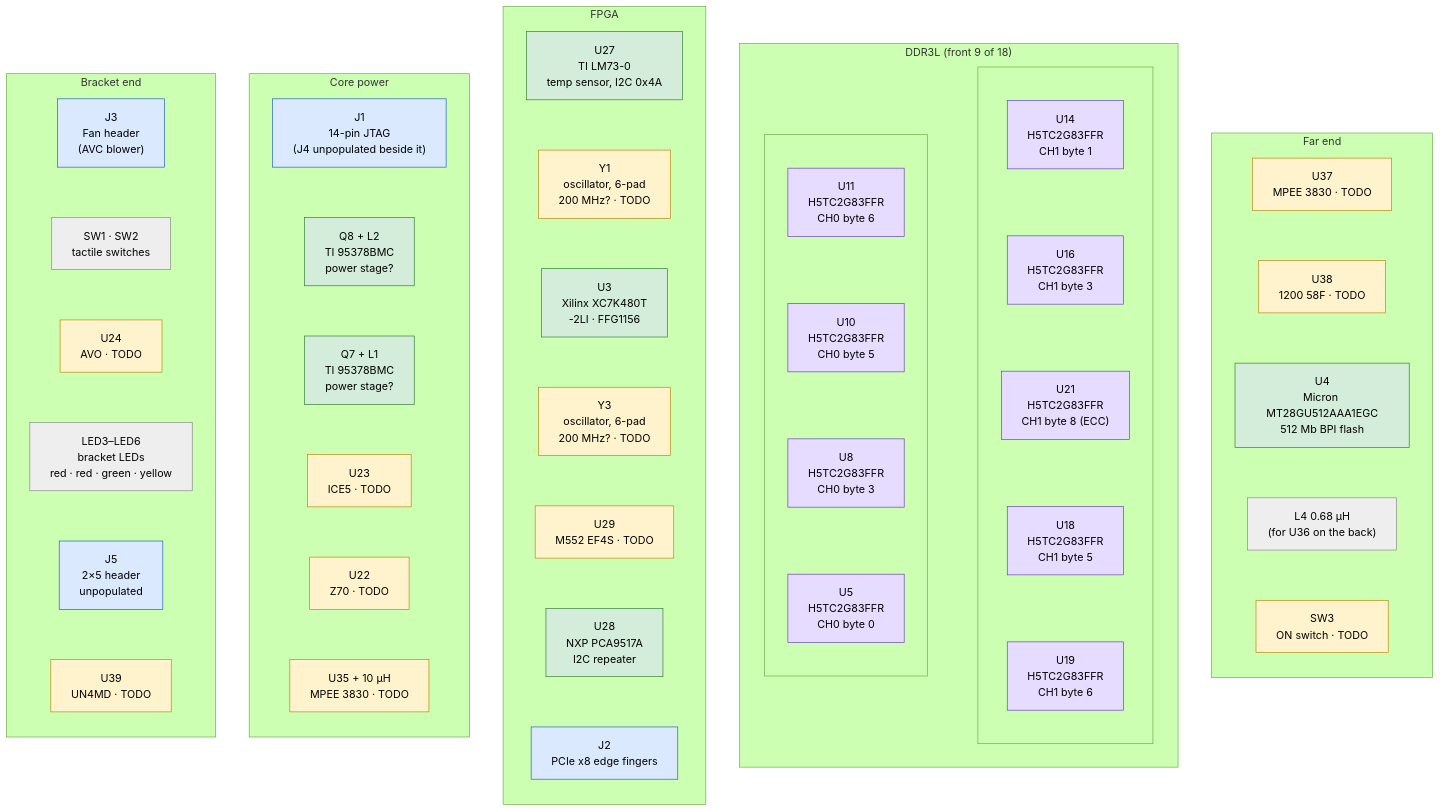
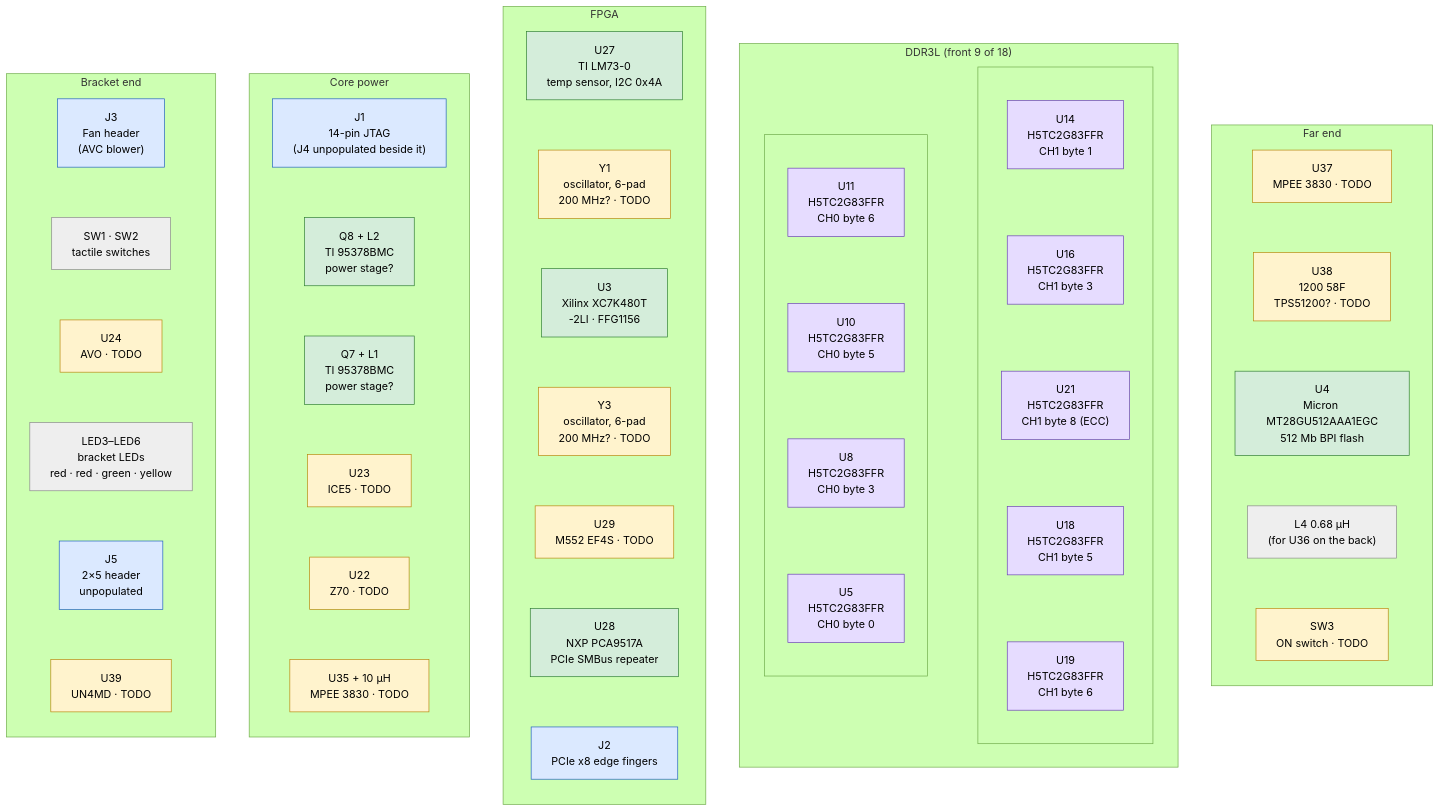
Before and after one commit to salehjg/my-fpga-ws: the first of 3 diagrams in boards/DU-PCB-001-003/README.md, drawn with Mermaid (forest theme). The commit also changed other lines of this file and 16 other files, not shown here.

````diff
--- a/boards/DU-PCB-001-003/README.md
+++ b/boards/DU-PCB-001-003/README.md
@@ -97,81 +96,81 @@
 ```mermaid
 flowchart LR
   subgraph F1["Bracket end"]
     direction TB
     J3["J3<br/>Fan header<br/>(AVC blower)"]
     SW12["SW1 · SW2<br/>tactile switches"]
     U24["U24<br/>AVO · TODO"]
     LEDS["LED3–LED6<br/>bracket LEDs<br/>red · red · green · yellow"]
     J5["J5<br/>2×5 header<br/>unpopulated"]
     U39["U39<br/>UN4MD · TODO"]
     J3 ~~~ SW12 ~~~ U24 ~~~ LEDS ~~~ J5 ~~~ U39
   end
 
   subgraph F2["Core power"]
     direction TB
     J1["J1<br/>14-pin JTAG<br/>(J4 unpopulated beside it)"]
     Q8["Q8 + L2<br/>TI 95378BMC<br/>power stage?"]
     Q7["Q7 + L1<br/>TI 95378BMC<br/>power stage?"]
     U23["U23<br/>ICE5 · TODO"]
     U22["U22<br/>Z70 · TODO"]
     U35["U35 + 10 µH<br/>MPEE 3830 · TODO"]
     J1 ~~~ Q8 ~~~ Q7 ~~~ U23 ~~~ U22 ~~~ U35
   end
 
   subgraph F3["FPGA"]
     direction TB
     U27["U27<br/>TI LM73-0<br/>temp sensor, I2C 0x4A"]
     Y1["Y1<br/>oscillator, 6-pad<br/>200 MHz? · TODO"]
     U3["U3<br/>Xilinx XC7K480T<br/>-2LI · FFG1156"]
     Y3["Y3<br/>oscillator, 6-pad<br/>200 MHz? · TODO"]
     U29["U29<br/>M552 EF4S · TODO"]
-    U28["U28<br/>NXP PCA9517A<br/>I2C repeater"]
+    U28["U28<br/>NXP PCA9517A<br/>PCIe SMBus repeater"]
     J2["J2<br/>PCIe x8 edge fingers"]
     U27 ~~~ Y1 ~~~ U3 ~~~ Y3 ~~~ U29 ~~~ U28 ~~~ J2
   end
 
   subgraph F4["DDR3L (front 9 of 18)"]
     direction LR
     subgraph F4A[" "]
       direction TB
       U11["U11<br/>H5TC2G83FFR<br/>CH0 byte 6"]
       U10["U10<br/>H5TC2G83FFR<br/>CH0 byte 5"]
       U8["U8<br/>H5TC2G83FFR<br/>CH0 byte 3"]
       U5["U5<br/>H5TC2G83FFR<br/>CH0 byte 0"]
       U11 ~~~ U10 ~~~ U8 ~~~ U5
     end
     subgraph F4B[" "]
       direction TB
       U14["U14<br/>H5TC2G83FFR<br/>CH1 byte 1"]
       U16["U16<br/>H5TC2G83FFR<br/>CH1 byte 3"]
       U21["U21<br/>H5TC2G83FFR<br/>CH1 byte 8 (ECC)"]
       U18["U18<br/>H5TC2G83FFR<br/>CH1 byte 5"]
       U19["U19<br/>H5TC2G83FFR<br/>CH1 byte 6"]
       U14 ~~~ U16 ~~~ U21 ~~~ U18 ~~~ U19
     end
     F4A ~~~ F4B
   end
 
   subgraph F5["Far end"]
     direction TB
     U37["U37<br/>MPEE 3830 · TODO"]
-    U38["U38<br/>1200 58F · TODO"]
+    U38["U38<br/>1200 58F<br/>TPS51200? · TODO"]
     U4["U4<br/>Micron MT28GU512AAA1EGC<br/>512 Mb BPI flash"]
     L4["L4 0.68 µH<br/>(for U36 on the back)"]
     SW3["SW3<br/>ON switch · TODO"]
     U37 ~~~ U38 ~~~ U4 ~~~ L4 ~~~ SW3
   end
 
   F1 ~~~ F2 ~~~ F3 ~~~ F4 ~~~ F5
 
   classDef ok fill:#d4edda,stroke:#2e7d32,color:#000
   classDef mem fill:#e6dcff,stroke:#6a3fb5,color:#000
   classDef todo fill:#fff3cd,stroke:#b8860b,color:#000
   classDef conn fill:#dbe9ff,stroke:#1f5fbf,color:#000
   classDef misc fill:#eeeeee,stroke:#888,color:#000
   class U3,U4,U27,U28,Q7,Q8 ok
   class U5,U8,U10,U11,U14,U16,U18,U19,U21 mem
   class U22,U23,U24,U29,U35,U37,U38,U39,Y1,Y3,SW3 todo
   class J1,J2,J3,J5 conn
   class SW12,LEDS,L4 misc
 ```
````
